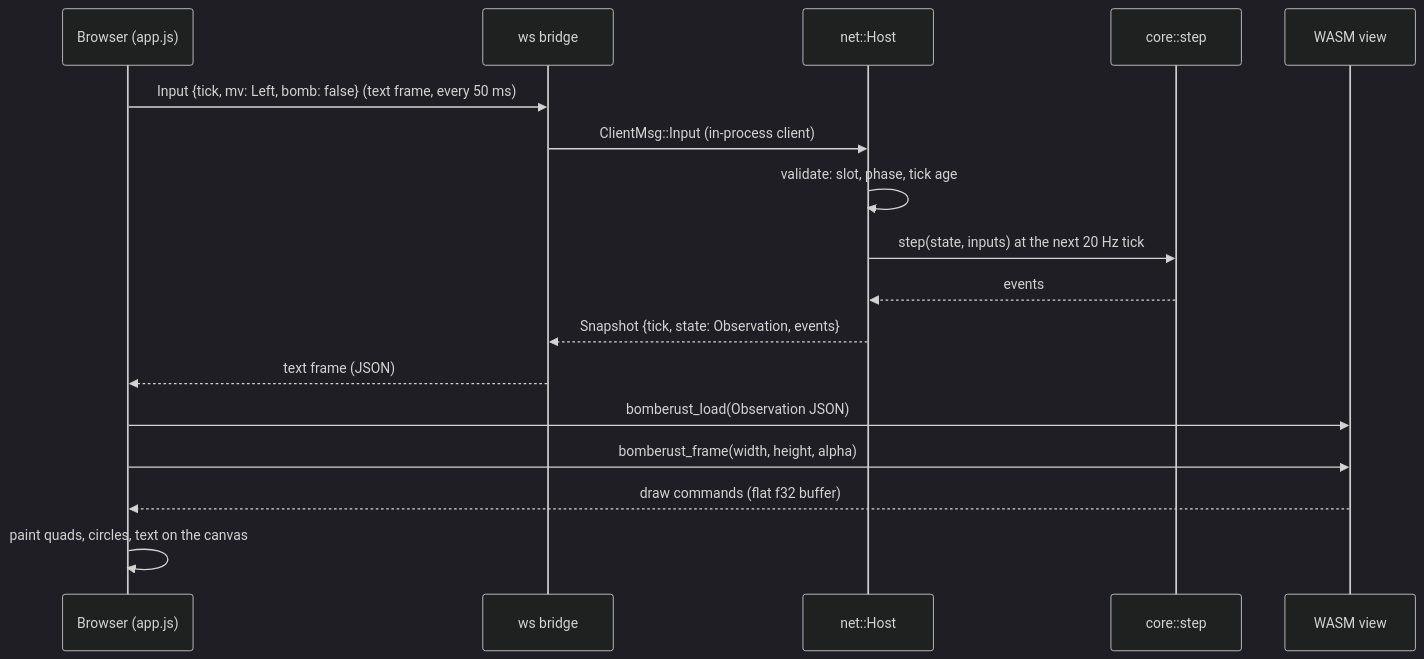
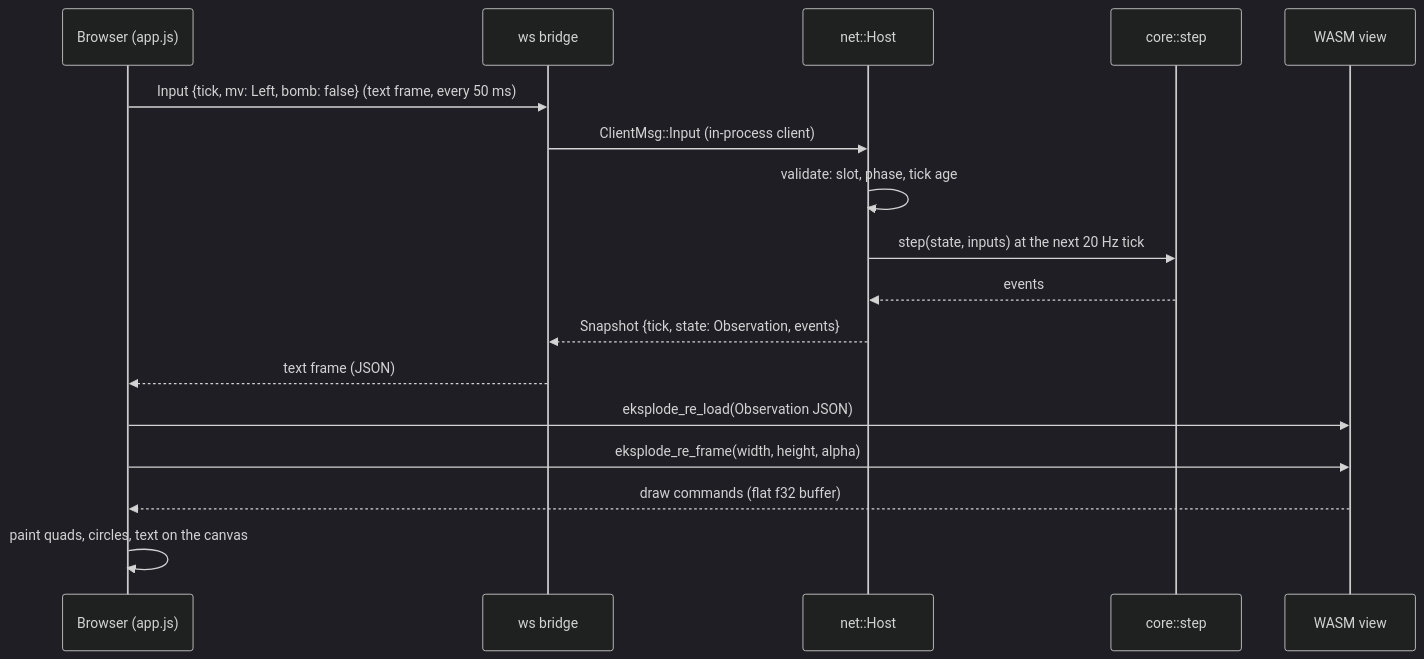
The second of 2 diagrams in docs/ARCHITECTURE.md (AmarOk1412/Eksplode.re), drawn with Mermaid (dark theme) before and after one commit. The commit also changed other lines of this file and 129 other files, not shown here.

````diff
--- a/docs/ARCHITECTURE.md
+++ b/docs/ARCHITECTURE.md
@@ -155,19 +155,19 @@
 ```mermaid
 sequenceDiagram
   participant B as Browser (app.js)
   participant S as ws bridge
   participant H as net::Host
   participant C as core::step
   participant W as WASM view
   B->>S: Input {tick, mv: Left, bomb: false} (text frame, every 50 ms)
   S->>H: ClientMsg::Input (in-process client)
   H->>H: validate: slot, phase, tick age
   H->>C: step(state, inputs) at the next 20 Hz tick
   C-->>H: events
   H-->>S: Snapshot {tick, state: Observation, events}
   S-->>B: text frame (JSON)
-  B->>W: bomberust_load(Observation JSON)
-  B->>W: bomberust_frame(width, height, alpha)
+  B->>W: eksplode_re_load(Observation JSON)
+  B->>W: eksplode_re_frame(width, height, alpha)
   W-->>B: draw commands (flat f32 buffer)
   B->>B: paint quads, circles, text on the canvas
 ```
````
